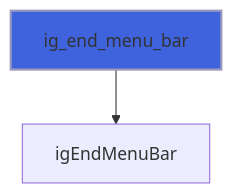
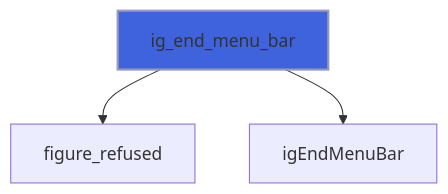
The third of 14 diagrams in docs/api/src/lib/figure_menu.md (szaghi/figure), drawn with Mermaid before and after one commit. The commit also changed other lines of this file and 10 other files, not shown here.

````diff
--- a/docs/api/src/lib/figure_menu.md
+++ b/docs/api/src/lib/figure_menu.md
@@ -76,5 +83,6 @@
 ```mermaid
 flowchart TD
+  ig_end_menu_bar["ig_end_menu_bar"] --> figure_refused["figure_refused"]
   ig_end_menu_bar["ig_end_menu_bar"] --> igEndMenuBar["igEndMenuBar"]
   style ig_end_menu_bar fill:#3e63dd,stroke:#99b,stroke-width:2px
 ```
````
